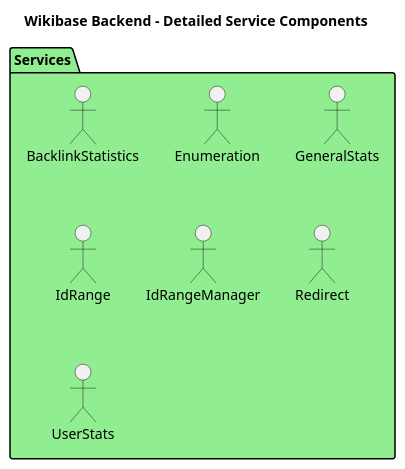
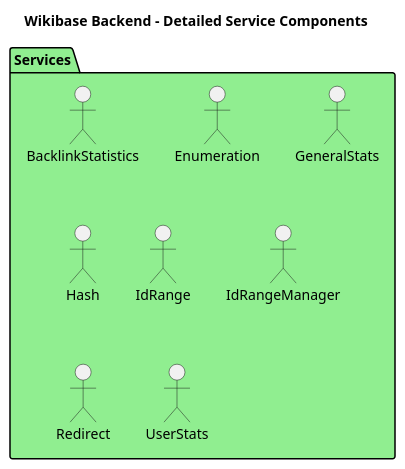
The diagram in doc/DIAGRAMS/detailed_service_components.puml (dpriskorn/entitybase-backend), drawn with PlantUML before and after one commit. The commit also changed 37 other files, not shown here.

```diff
--- a/doc/DIAGRAMS/detailed_service_components.puml
+++ b/doc/DIAGRAMS/detailed_service_components.puml
@@ -1,15 +1,16 @@
 @startuml Detailed Service Components
 
 title Wikibase Backend - Detailed Service Components
 
 package "Services" as Services #LightGreen {
     "BacklinkStatistics" as BacklinkStatisticsService
     "Enumeration" as EnumerationService
     "GeneralStats" as GeneralStatsService
+    "Hash" as HashService
     "IdRange" as IdRange
     "IdRangeManager" as IdRangeManager
     "Redirect" as RedirectService
     "UserStats" as UserStatsService
 }
 
 @enduml
```
